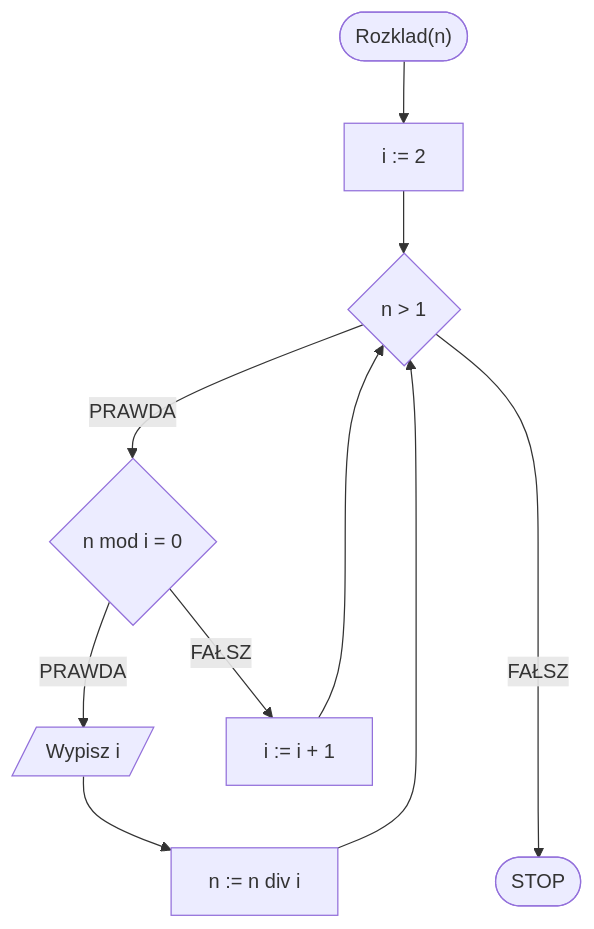
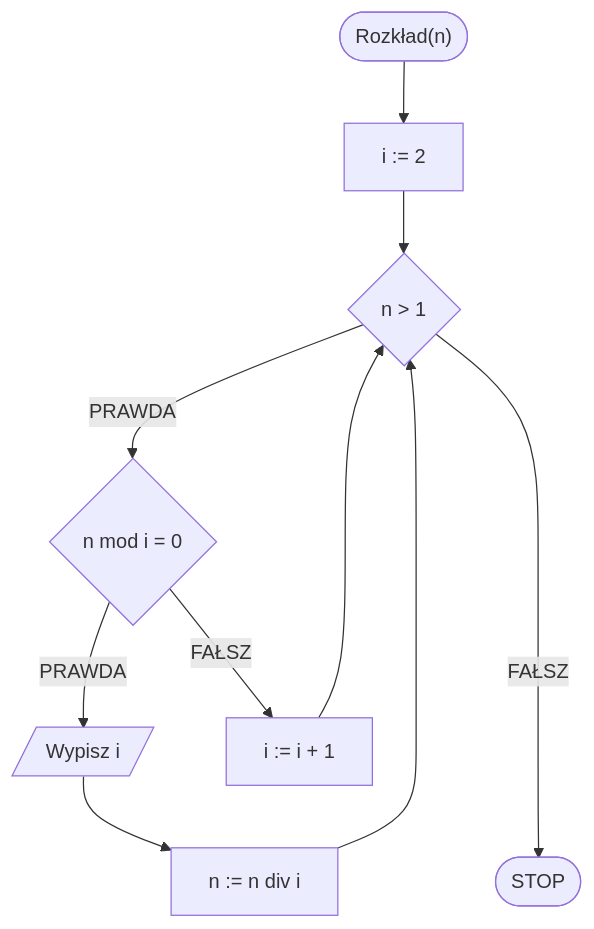
Before and after one commit to blackbat13/cs-htiew-gitbook: the diagram in algorithms/integers/prime-factors.md, drawn with Mermaid. The commit also changed other lines of this file, not shown here.

````diff
--- a/algorithms/integers/prime-factors.md
+++ b/algorithms/integers/prime-factors.md
@@ -52,12 +52,12 @@
 ```mermaid
 flowchart TD
-	START(["Rozklad(n)"]) --> K1[i := 2]
+	START(["Rozkład(n)"]) --> K1[i := 2]
 	K1 --> K2{n > 1}
 	K2 -- PRAWDA --> K3{n mod i = 0}
 	K3 -- PRAWDA --> K4[/Wypisz i/]
 	K4 --> K5[n := n div i]
 	K5 --> K2
 	K3 -- FAŁSZ --> K7[i := i + 1]
 	K7 --> K2
 	K2 -- FAŁSZ ----> STOP([STOP])
 ```
````
